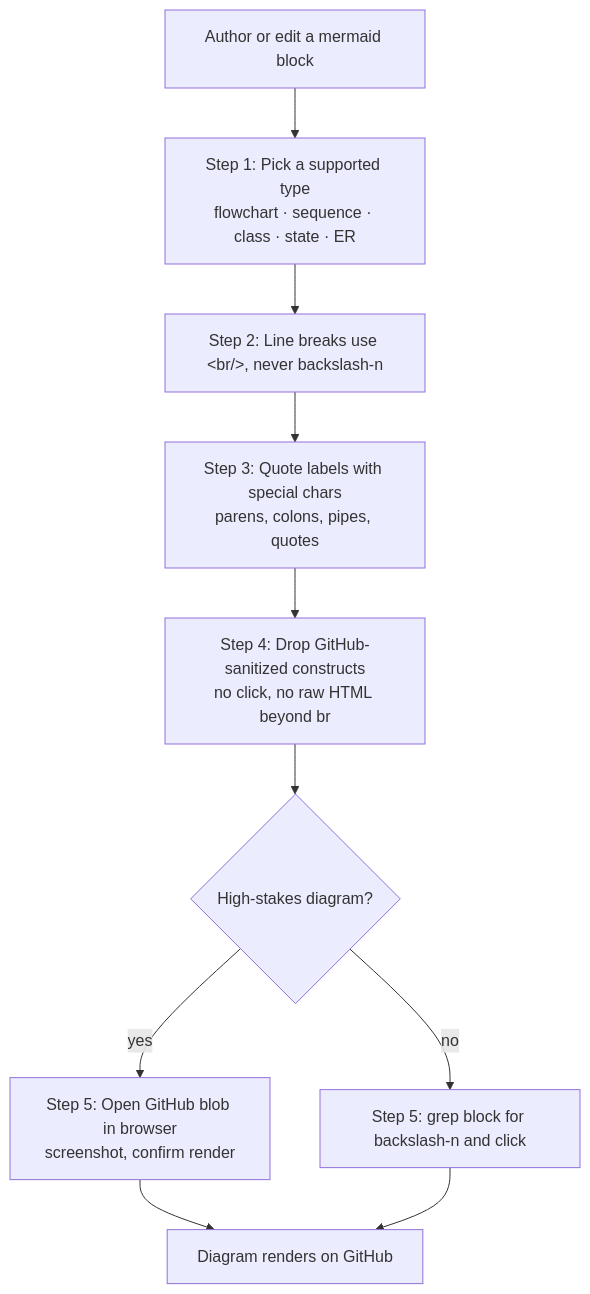
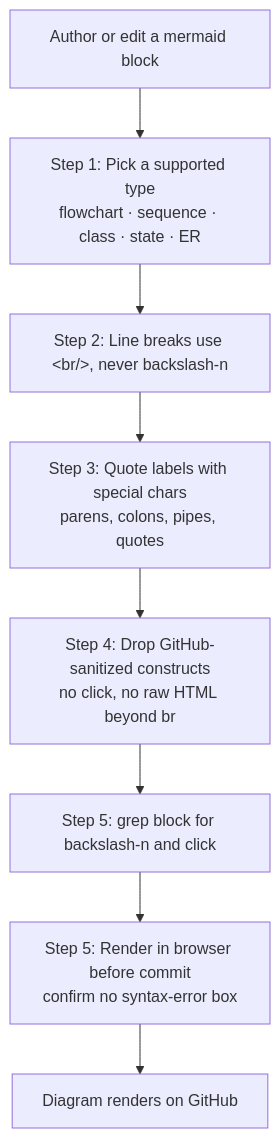
Before and after one commit to whizzzkid/skills: the diagram in skills/mermaid/README.md, drawn with Mermaid. The commit also changed other lines of this file and 16 other files, not shown here.

First line of the commit message:
feat(skills): 🦾 fold 4 learnings — mermaid render-gate, pr-merge resume, sharpen probe, worktree disposables

````diff
--- a/skills/mermaid/README.md
+++ b/skills/mermaid/README.md
@@ -16,12 +16,10 @@
 ```mermaid
 flowchart TD
     A["Author or edit a mermaid block"] --> B["Step 1: Pick a supported type<br/>flowchart · sequence · class · state · ER"]
     B --> C["Step 2: Line breaks use &lt;br/&gt;, never backslash-n"]
     C --> D["Step 3: Quote labels with special chars<br/>parens, colons, pipes, quotes"]
     D --> E["Step 4: Drop GitHub-sanitized constructs<br/>no click, no raw HTML beyond br"]
-    E --> F{High-stakes diagram?}
-    F -->|yes| G["Step 5: Open GitHub blob in browser<br/>screenshot, confirm render"]
-    F -->|no| H["Step 5: grep block for backslash-n and click"]
+    E --> H["Step 5: grep block for backslash-n and click"]
+    H --> G["Step 5: Render in browser before commit<br/>confirm no syntax-error box"]
     G --> I["Diagram renders on GitHub"]
-    H --> I
 ```
````
